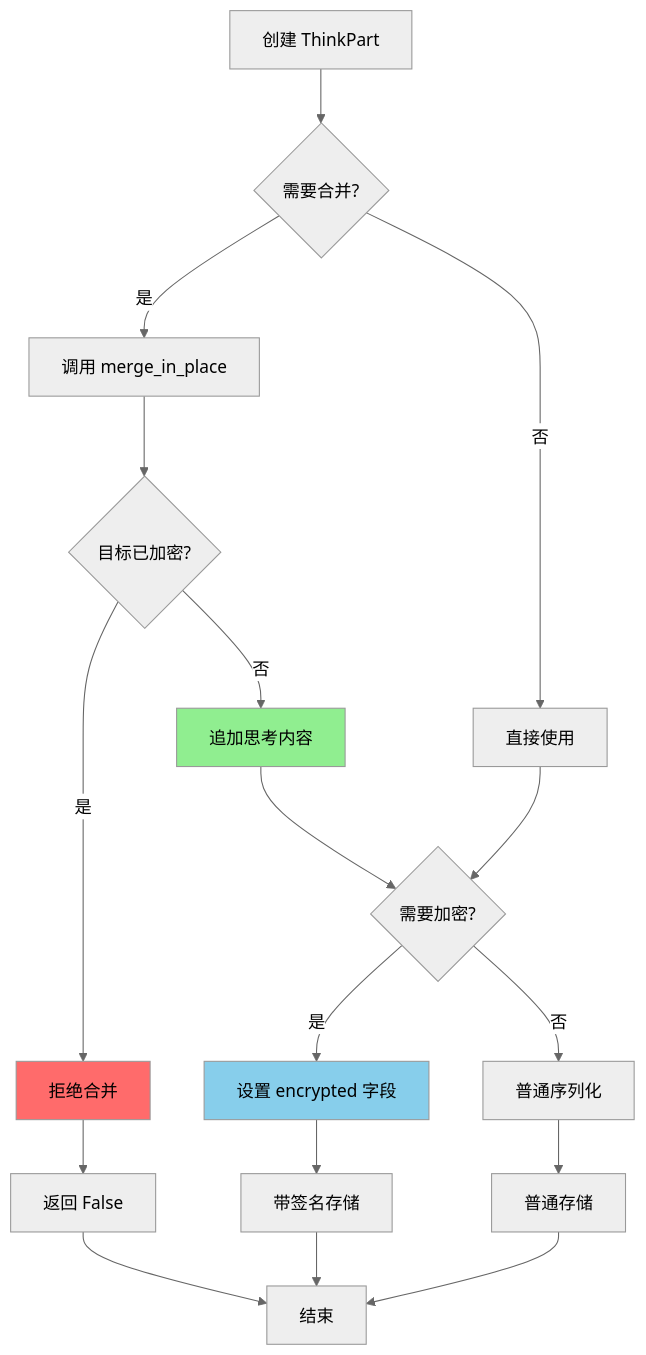
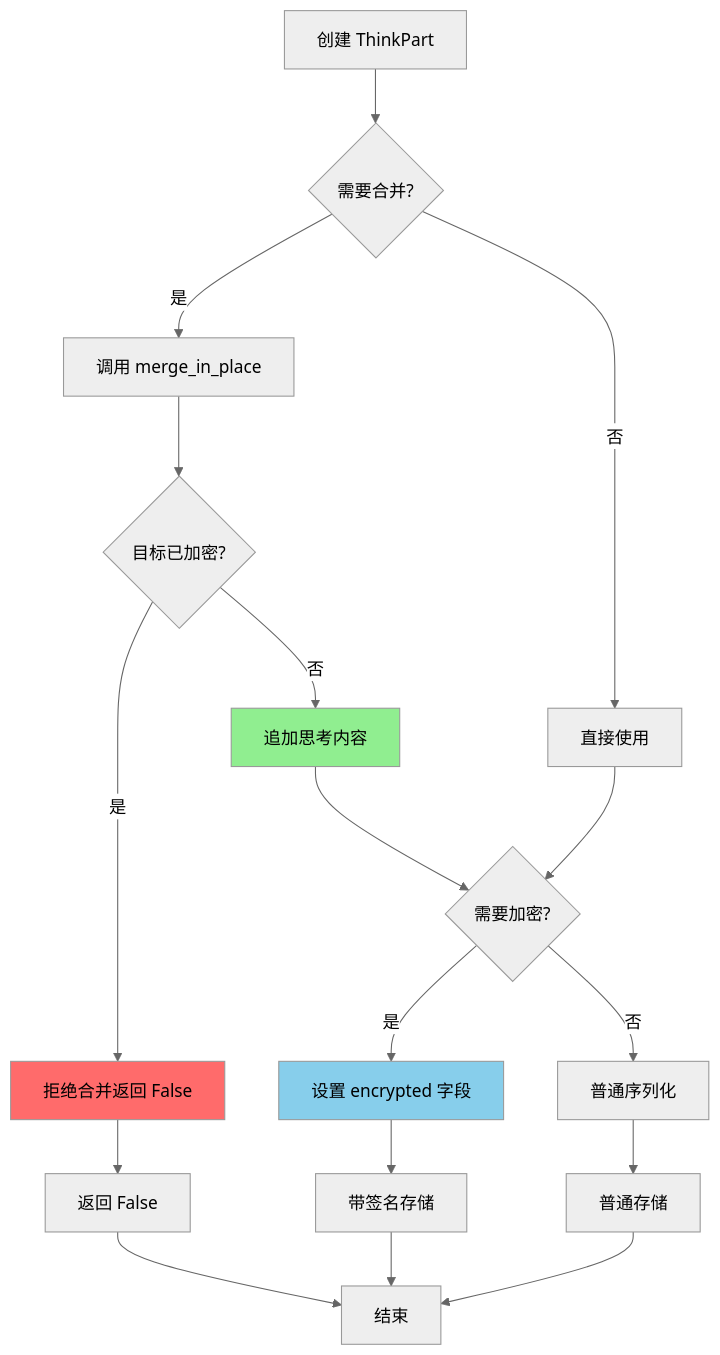
Before and after one commit to giraffe-tree/agent-base: the third of 12 diagrams in docs/kimi-cli/questions/kimi-cli-why-keep-reasoning.md, drawn with Mermaid (neutral theme). The commit also changed other lines of this file and 155 other files, not shown here.

````diff
--- a/docs/kimi-cli/questions/kimi-cli-why-keep-reasoning.md
+++ b/docs/kimi-cli/questions/kimi-cli-why-keep-reasoning.md
@@ -176,23 +216,23 @@
 ```mermaid
 flowchart TD
     A[创建 ThinkPart] --> B{需要合并?}
     B -->|是| C[调用 merge_in_place]
     C --> D{目标已加密?}
-    D -->|是| E[拒绝合并]
+    D -->|是| E[拒绝合并返回 False]
     D -->|否| F[追加思考内容]
     B -->|否| G[直接使用]
     F --> H{需要加密?}
     G --> H
     H -->|是| I[设置 encrypted 字段]
     H -->|否| J[普通序列化]
     I --> K[带签名存储]
     J --> L[普通存储]
     E --> M[返回 False]
     K --> N[结束]
     L --> N
     M --> N
 
     style E fill:#FF6B6B
     style F fill:#90EE90
     style I fill:#87CEEB
 ```
````
